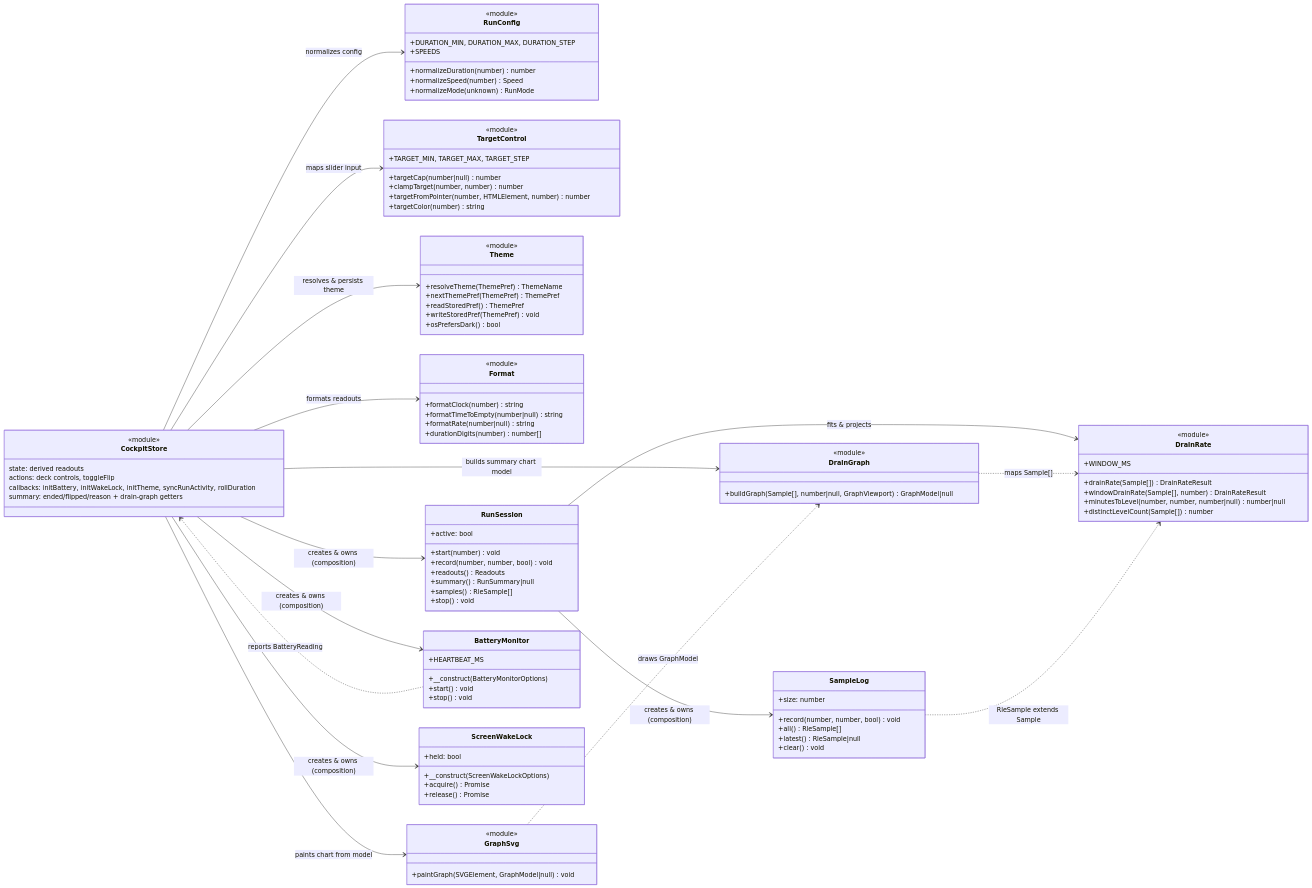
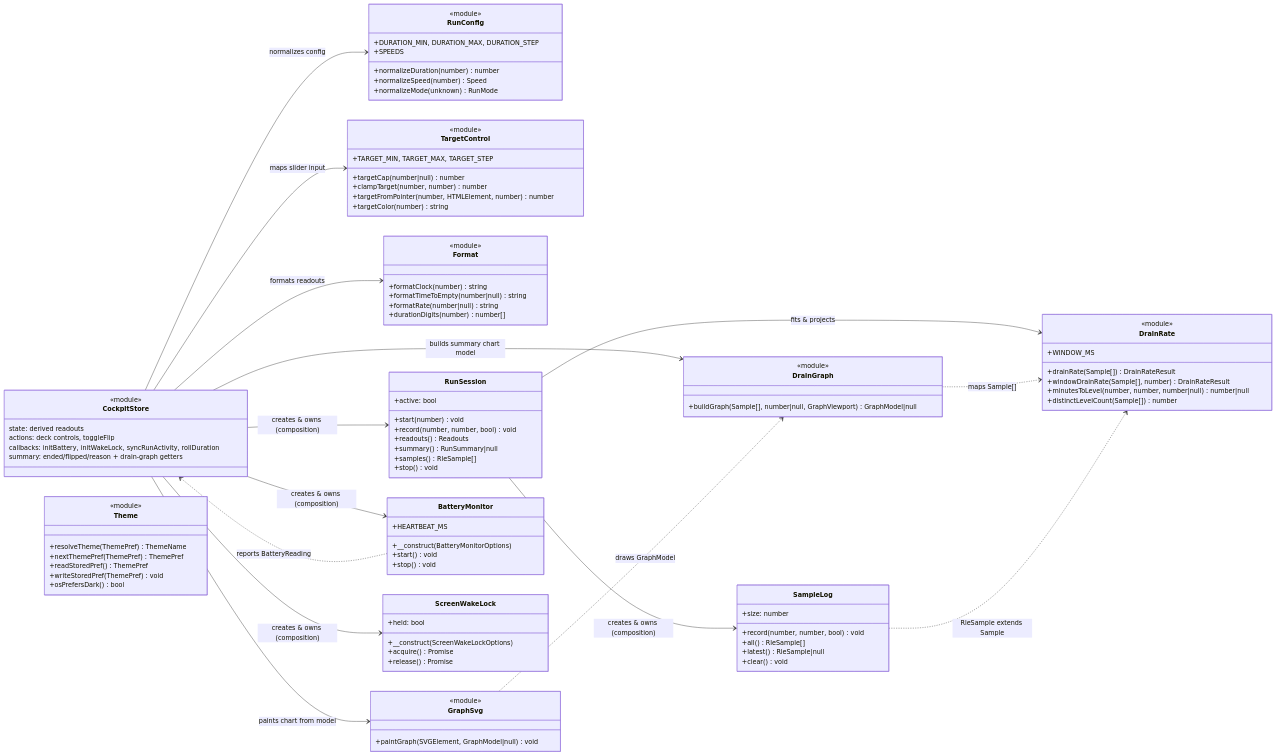
One commit to erdembircan/battery-surf-bench changed the diagram in docs/contracts/cockpit-frontend-modules.mmd. Above: the diagram before and after it, drawn with Mermaid. The commit also changed 7 other files, not shown here.

First line of the commit message:
[FEAT]: disable dark mode, render cockpit light-only

```diff
--- a/docs/contracts/cockpit-frontend-modules.mmd
+++ b/docs/contracts/cockpit-frontend-modules.mmd
@@ -1,116 +1,118 @@
 %% Cockpit front-end modules — contract chart.
 %% The client side of the `bsb/cockpit` block: the Interactivity store and the
 %% focused domains it delegates to. Function-only modules are marked
 %% <<module>>; the rest are classes. Only the public (exported) surface is shown.
 classDiagram
     direction LR
 
     class CockpitStore {
         <<module>>
         state: derived readouts
         actions: deck controls, toggleFlip
-        callbacks: initBattery, initWakeLock, initTheme, syncRunActivity, rollDuration
+        callbacks: initBattery, initWakeLock, syncRunActivity, rollDuration
         summary: ended/flipped/reason + drain-graph getters
     }
 
     class RunConfig {
         <<module>>
         +normalizeDuration(number) number
         +normalizeSpeed(number) Speed
         +normalizeMode(unknown) RunMode
         +DURATION_MIN, DURATION_MAX, DURATION_STEP
         +SPEEDS
     }
 
     class TargetControl {
         <<module>>
         +targetCap(number|null) number
         +clampTarget(number, number) number
         +targetFromPointer(number, HTMLElement, number) number
         +targetColor(number) string
         +TARGET_MIN, TARGET_MAX, TARGET_STEP
     }
 
+    %% Dark mode is disabled: the Theme module is retained in the codebase but
+    %% intentionally unwired — the store no longer imports it, so the cockpit
+    %% renders the light palette only and nothing reads/writes the stored pref.
     class Theme {
         <<module>>
         +resolveTheme(ThemePref) ThemeName
         +nextThemePref(ThemePref) ThemePref
         +readStoredPref() ThemePref
         +writeStoredPref(ThemePref) void
         +osPrefersDark() bool
     }
 
     class Format {
         <<module>>
         +formatClock(number) string
         +formatTimeToEmpty(number|null) string
         +formatRate(number|null) string
         +durationDigits(number) number[]
     }
 
     class DrainRate {
         <<module>>
         +drainRate(Sample[]) DrainRateResult
         +windowDrainRate(Sample[], number) DrainRateResult
         +minutesToLevel(number, number, number|null) number|null
         +distinctLevelCount(Sample[]) number
         +WINDOW_MS
     }
 
     class DrainGraph {
         <<module>>
         +buildGraph(Sample[], number|null, GraphViewport) GraphModel|null
     }
 
     class GraphSvg {
         <<module>>
         +paintGraph(SVGElement, GraphModel|null) void
     }
 
     class SampleLog {
         +record(number, number, bool) void
         +all() RleSample[]
         +latest() RleSample|null
         +size: number
         +clear() void
     }
 
     class RunSession {
         +start(number) void
         +active: bool
         +record(number, number, bool) void
         +readouts() Readouts
         +summary() RunSummary|null
         +samples() RleSample[]
         +stop() void
     }
 
     class BatteryMonitor {
         +__construct(BatteryMonitorOptions)
         +start() void
         +stop() void
         +HEARTBEAT_MS
     }
 
     class ScreenWakeLock {
         +__construct(ScreenWakeLockOptions)
         +acquire() Promise
         +release() Promise
         +held: bool
     }
 
     CockpitStore --> RunConfig : normalizes config
     CockpitStore --> TargetControl : maps slider input
-    CockpitStore --> Theme : resolves & persists theme
     CockpitStore --> Format : formats readouts
     CockpitStore --> BatteryMonitor : creates & owns (composition)
     CockpitStore --> ScreenWakeLock : creates & owns (composition)
     CockpitStore --> RunSession : creates & owns (composition)
     BatteryMonitor ..> CockpitStore : reports BatteryReading
     CockpitStore --> DrainGraph : builds summary chart model
     CockpitStore --> GraphSvg : paints chart from model
     GraphSvg ..> DrainGraph : draws GraphModel
     RunSession --> SampleLog : creates & owns (composition)
     RunSession --> DrainRate : fits & projects
     DrainGraph ..> DrainRate : maps Sample[]
     SampleLog ..> DrainRate : RleSample extends Sample
```
